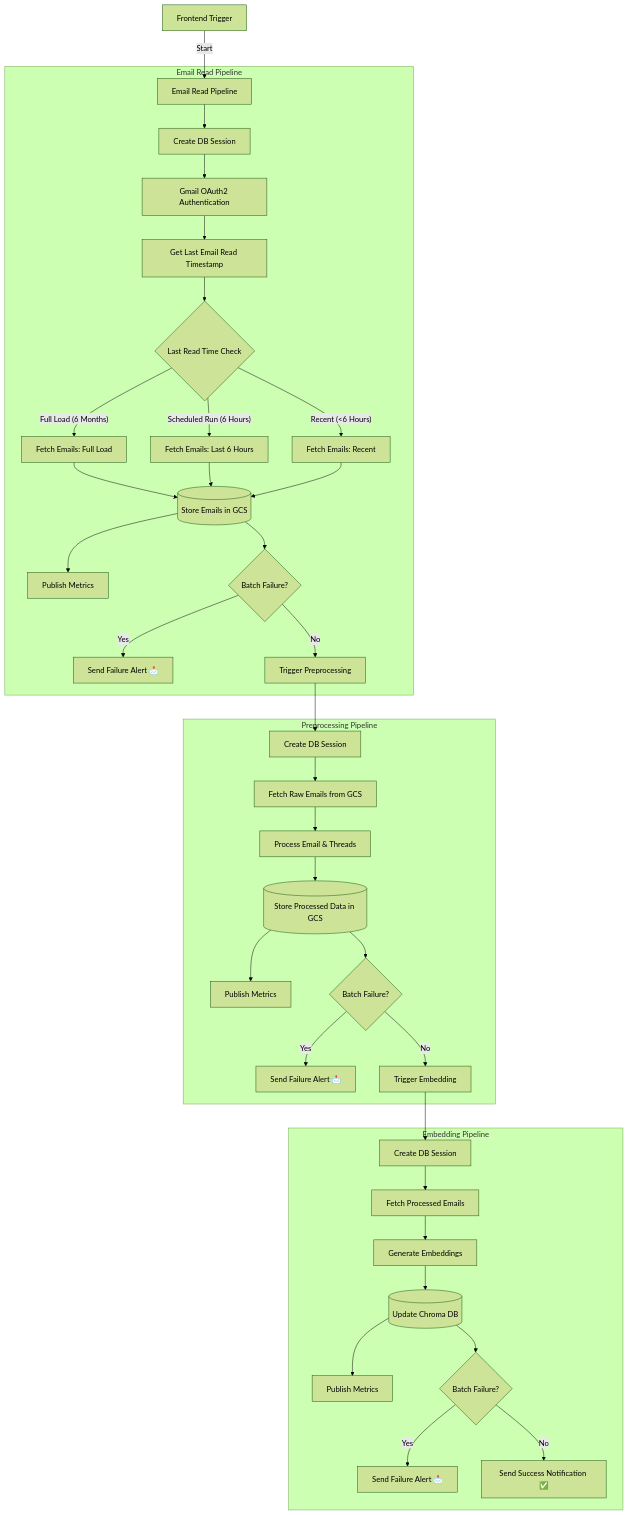
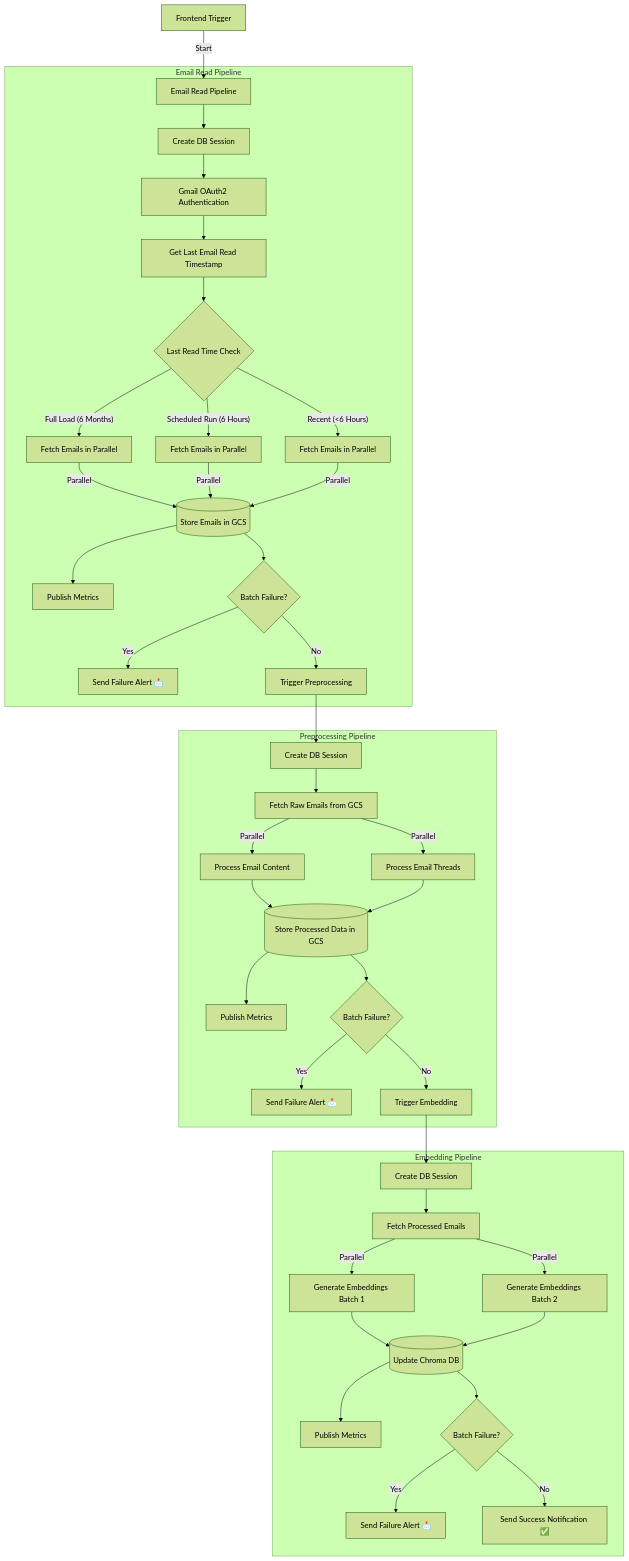
One commit to kprakhar27/InboxAI changed the diagram in Data-Pipeline/flow.mermaid. Above: the diagram before and after it, drawn with Mermaid (forest theme).

```diff
--- a/Data-Pipeline/flow.mermaid
+++ b/Data-Pipeline/flow.mermaid
@@ -1,54 +1,63 @@
 graph TD
 
     %% Frontend Trigger
     A[Frontend Trigger] -->|Start| B[Email Read Pipeline]
 
     %% Email Read Pipeline
     subgraph Email Read Pipeline
         B --> C[Create DB Session]
         C --> D[Gmail OAuth2 Authentication]
         D --> E[Get Last Email Read Timestamp]
         E --> F{Last Read Time Check}
-        
-        F -- Full Load (6 Months) --> G[Fetch Emails: Full Load]
-        F -- Scheduled Run (6 Hours) --> H[Fetch Emails: Last 6 Hours]
-        F -- Recent (<6 Hours) --> I[Fetch Emails: Recent]
 
-        G --> J[(Store Emails in GCS)]
-        H --> J
-        I --> J
+        %% Parallel Fetching Paths
+        F -- Full Load (6 Months) --> G1[Fetch Emails in Parallel]
+        F -- Scheduled Run (6 Hours) --> H1[Fetch Emails in Parallel]
+        F -- Recent (<6 Hours) --> I1[Fetch Emails in Parallel]
+
+        G1 -->|Parallel| J[(Store Emails in GCS)]
+        H1 -->|Parallel| J
+        I1 -->|Parallel| J
 
         J --> K[Publish Metrics]
         J --> L{Batch Failure?}
 
         L -- Yes --> M[Send Failure Alert 📩]
         L -- No --> N[Trigger Preprocessing]
     end
 
     %% Preprocessing Pipeline
     subgraph Preprocessing Pipeline
         N --> O[Create DB Session]
         O --> P[Fetch Raw Emails from GCS]
-        P --> Q[Process Email & Threads]
-        Q --> R[(Store Processed Data in GCS)]
+
+        %% Parallel Processing
+        P -->|Parallel| Q1[Process Email Content]
+        P -->|Parallel| Q2[Process Email Threads]
+        Q1 --> R[(Store Processed Data in GCS)]
+        Q2 --> R
 
         R --> S[Publish Metrics]
         R --> T{Batch Failure?}
 
         T -- Yes --> U[Send Failure Alert 📩]
         T -- No --> V[Trigger Embedding]
     end
 
     %% Embedding Pipeline
     subgraph Embedding Pipeline
         V --> W[Create DB Session]
         W --> X[Fetch Processed Emails]
-        X --> Y[Generate Embeddings]
-        Y --> Z[(Update Chroma DB)]
+
+        %% Parallel Embedding Generation
+        X -->|Parallel| Y1[Generate Embeddings Batch 1]
+        X -->|Parallel| Y2[Generate Embeddings Batch 2]
+        Y1 --> Z[(Update Chroma DB)]
+        Y2 --> Z
 
         Z --> AA[Publish Metrics]
         Z --> AB{Batch Failure?}
 
         AB -- Yes --> AC[Send Failure Alert 📩]
         AB -- No --> AD[Send Success Notification ✅]
     end
```
